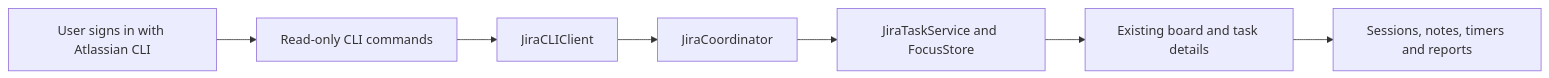
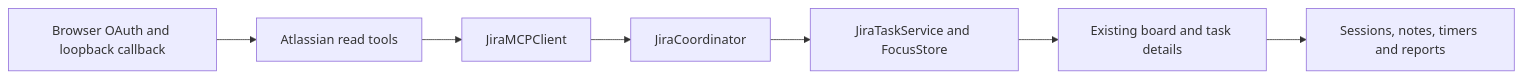
Before and after one commit to mpakus/focus-island: the diagram in docs/JIRA-INTEGRATION-PLAN.md, drawn with Mermaid. The commit also changed other lines of this file and 30 other files, not shown here.

Commit message:
feat: add browser Jira authorization and signed GitHub updates

````diff
--- a/docs/JIRA-INTEGRATION-PLAN.md
+++ b/docs/JIRA-INTEGRATION-PLAN.md
@@ -27,9 +29,9 @@
 ```mermaid
 flowchart LR
-    Auth[User signs in with Atlassian CLI] --> CLI[Read-only CLI commands]
-    CLI --> Client[JiraCLIClient]
+    Auth[Browser OAuth and loopback callback] --> MCP[Atlassian read tools]
+    MCP --> Client[JiraMCPClient]
     Client --> UI[JiraCoordinator]
     UI --> Store[JiraTaskService and FocusStore]
     Store --> Board[Existing board and task details]
     Board --> Work[Sessions, notes, timers and reports]
 ```
````
